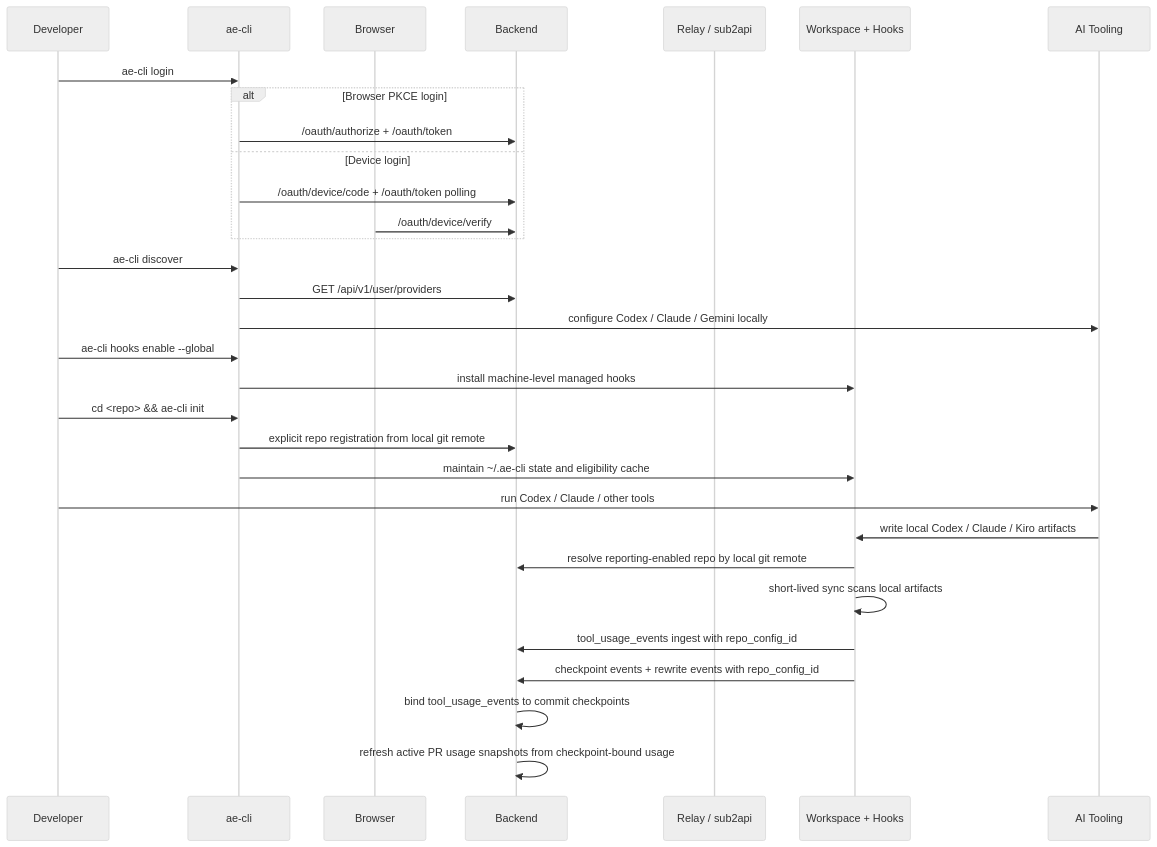
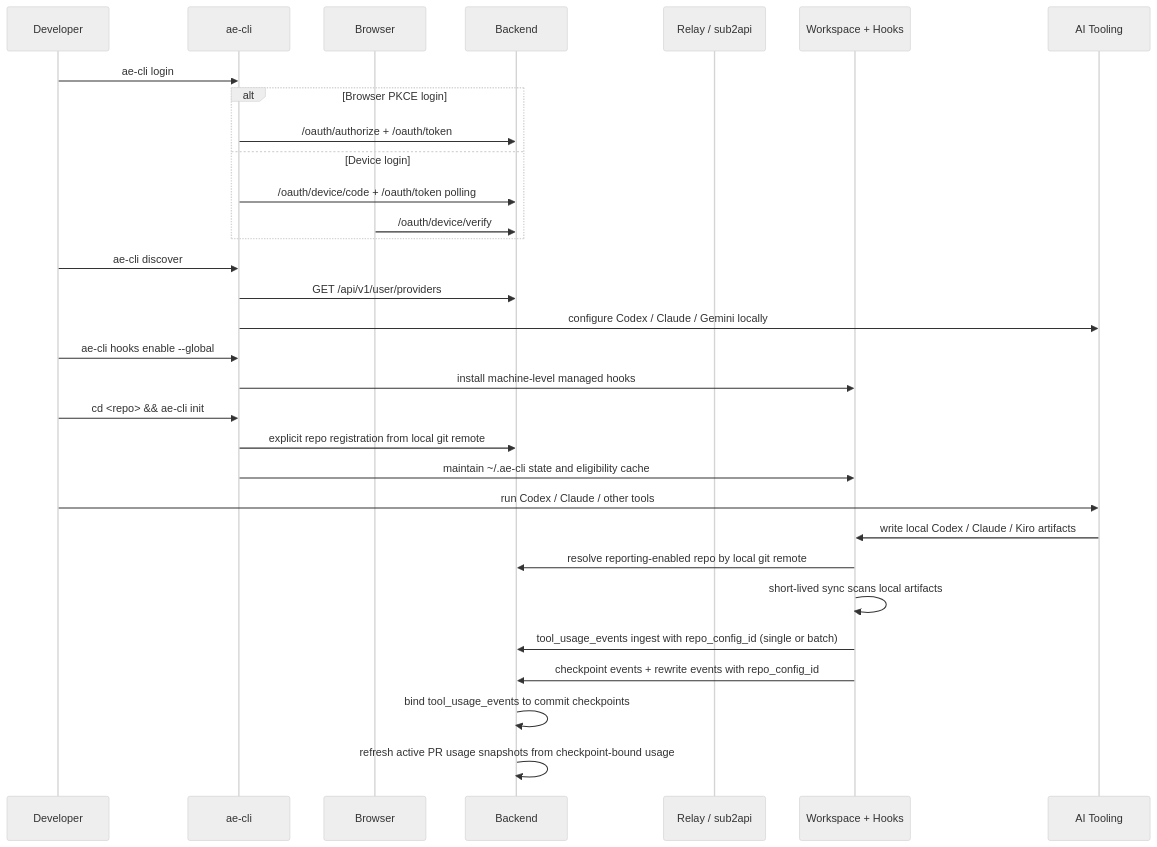
The third of 4 diagrams in docs/architecture.md (LichKing-2234/ai-efficiency), drawn with Mermaid (neutral theme) before and after one commit. The commit also changed other lines of this file and 11 other files, not shown here.

Commit message:
fix(ae-cli): batch replay tool usage backlog

````diff
--- a/docs/architecture.md
+++ b/docs/architecture.md
@@ -130,34 +131,34 @@
 ```mermaid
 sequenceDiagram
     participant Dev as Developer
     participant CLI as ae-cli
     participant Browser as Browser
     participant BE as Backend
     participant Relay as Relay / sub2api
     participant WS as Workspace + Hooks
     participant Tool as AI Tooling
 
     Dev->>CLI: ae-cli login
     alt Browser PKCE login
         CLI->>BE: /oauth/authorize + /oauth/token
     else Device login
         CLI->>BE: /oauth/device/code + /oauth/token polling
         Browser->>BE: /oauth/device/verify
     end
     Dev->>CLI: ae-cli discover
     CLI->>BE: GET /api/v1/user/providers
     CLI->>Tool: configure Codex / Claude / Gemini locally
     Dev->>CLI: ae-cli hooks enable --global
     CLI->>WS: install machine-level managed hooks
     Dev->>CLI: cd <repo> && ae-cli init
     CLI->>BE: explicit repo registration from local git remote
     CLI->>WS: maintain ~/.ae-cli state and eligibility cache
     Dev->>Tool: run Codex / Claude / other tools
     Tool->>WS: write local Codex / Claude / Kiro artifacts
     WS->>BE: resolve reporting-enabled repo by local git remote
     WS->>WS: short-lived sync scans local artifacts
-    WS->>BE: tool_usage_events ingest with repo_config_id
+    WS->>BE: tool_usage_events ingest with repo_config_id (single or batch)
     WS->>BE: checkpoint events + rewrite events with repo_config_id
     BE->>BE: bind tool_usage_events to commit checkpoints
     BE->>BE: refresh active PR usage snapshots from checkpoint-bound usage
 ```
````
